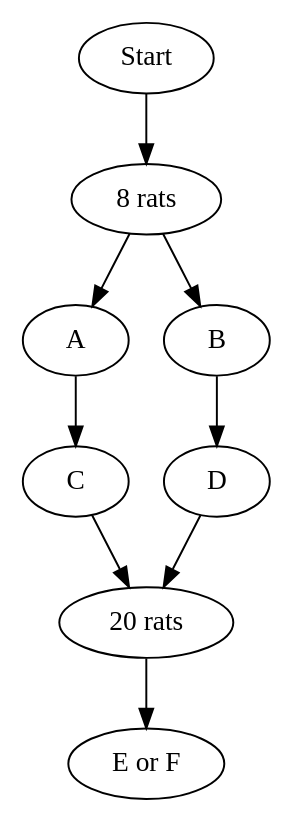
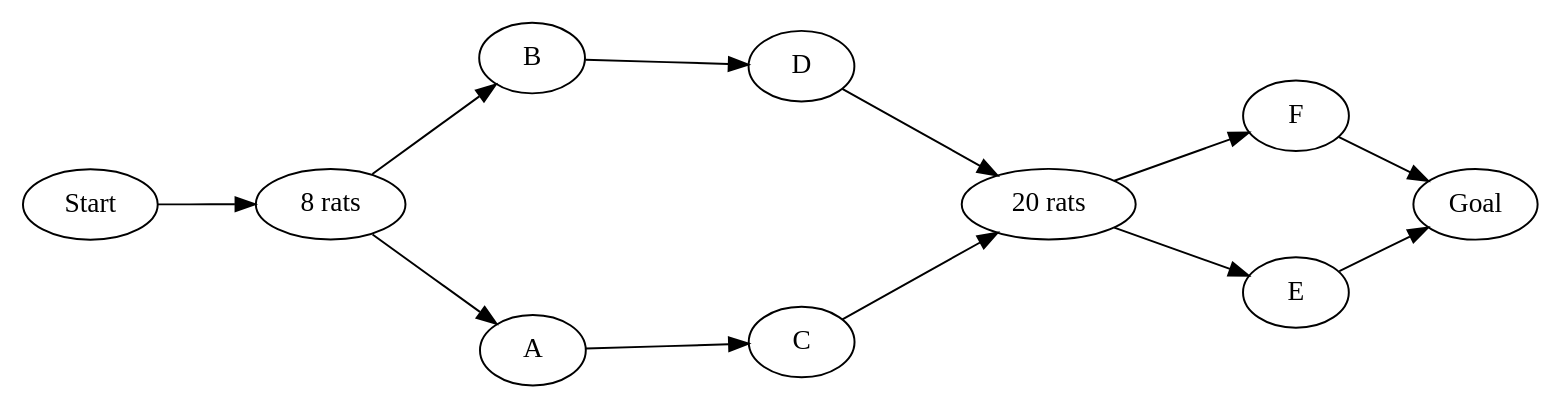
Before and after one commit to airbreather/Autopelago: the diagram in doc/simple-progression.dot, drawn with Graphviz. The commit also changed 2 other files, not shown here.

Commit message:
make the graph more representative of the current state

```diff
--- a/doc/simple-progression.dot
+++ b/doc/simple-progression.dot
@@ -1,13 +1,19 @@
 digraph simple {
-    a -> b -> c -> d -> e -> f
-    b -> g -> h -> e;
+    layout="sfdp";
+    start="2";
 
-    a [label="Start"];
-    b [label="8 rats"];
-    c [label="A"];
-    d [label="C"];
-    e [label="20 rats"];
-    f [label="E or F"];
-    g [label="B"];
-    h [label="D"];
+    va -> vb -> vc -> vd -> ve -> vf -> vg;
+    vb -> vh -> vi -> ve;
+    ve -> vj -> vg;
+
+    va [label="Start"];
+    vb [label="8 rats"];
+    vc [label="A"];
+    vd [label="C"];
+    ve [label="20 rats"];
+    vf [label="E"];
+    vg [label="Goal"];
+    vh [label="B"];
+    vi [label="D"];
+    vj [label="F"];
 }
```
